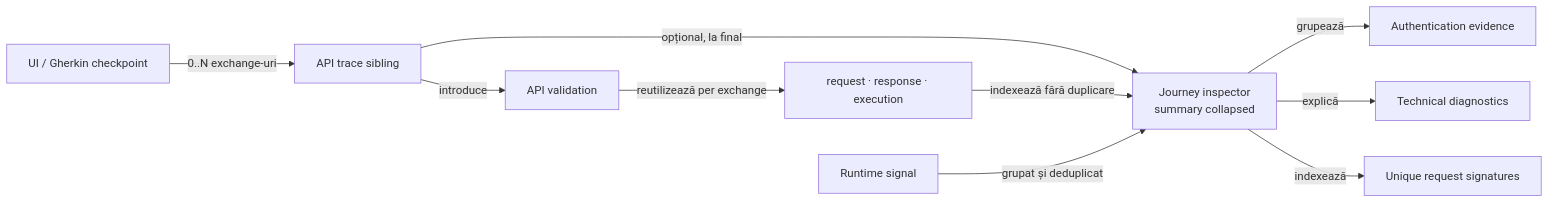
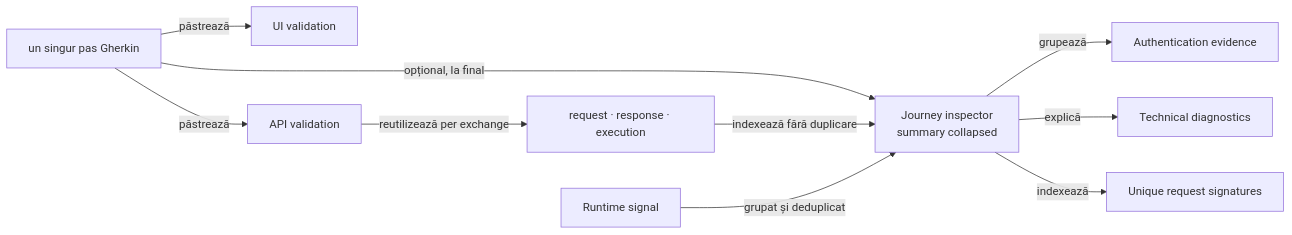
The third of 3 diagrams in docs/feedback/ATF_Reporting_Feedback.md (crististefanita/demo2), drawn with Mermaid before and after one commit. The commit also changed other lines of this file and 65 other files, not shown here.

````diff
--- a/docs/feedback/ATF_Reporting_Feedback.md
+++ b/docs/feedback/ATF_Reporting_Feedback.md
@@ -77,12 +193,12 @@
 ```mermaid
 flowchart LR
-    UI["UI / Gherkin checkpoint"] -->|0..N exchange-uri| Trace["API trace sibling"]
-    Trace -->|introduce| Validation["API validation"]
+    UI["un singur pas Gherkin"] -->|păstrează| UiValidation["UI validation"]
+    UI -->|păstrează| Validation["API validation"]
     Validation -->|reutilizează per exchange| Evidence["request · response · execution"]
-    Trace -->|opțional, la final| Inspector["Journey inspector\nsummary collapsed"]
+    UI -->|opțional, la final| Inspector["Journey inspector\nsummary collapsed"]
     Evidence -->|indexează fără duplicare| Inspector
     Inspector -->|grupează| Auth["Authentication evidence"]
     Inspector -->|explică| Tech["Technical diagnostics"]
     Inspector -->|indexează| Sig["Unique request signatures"]
     Runtime["Runtime signal"] -->|grupat și deduplicat| Inspector
 ```
````
